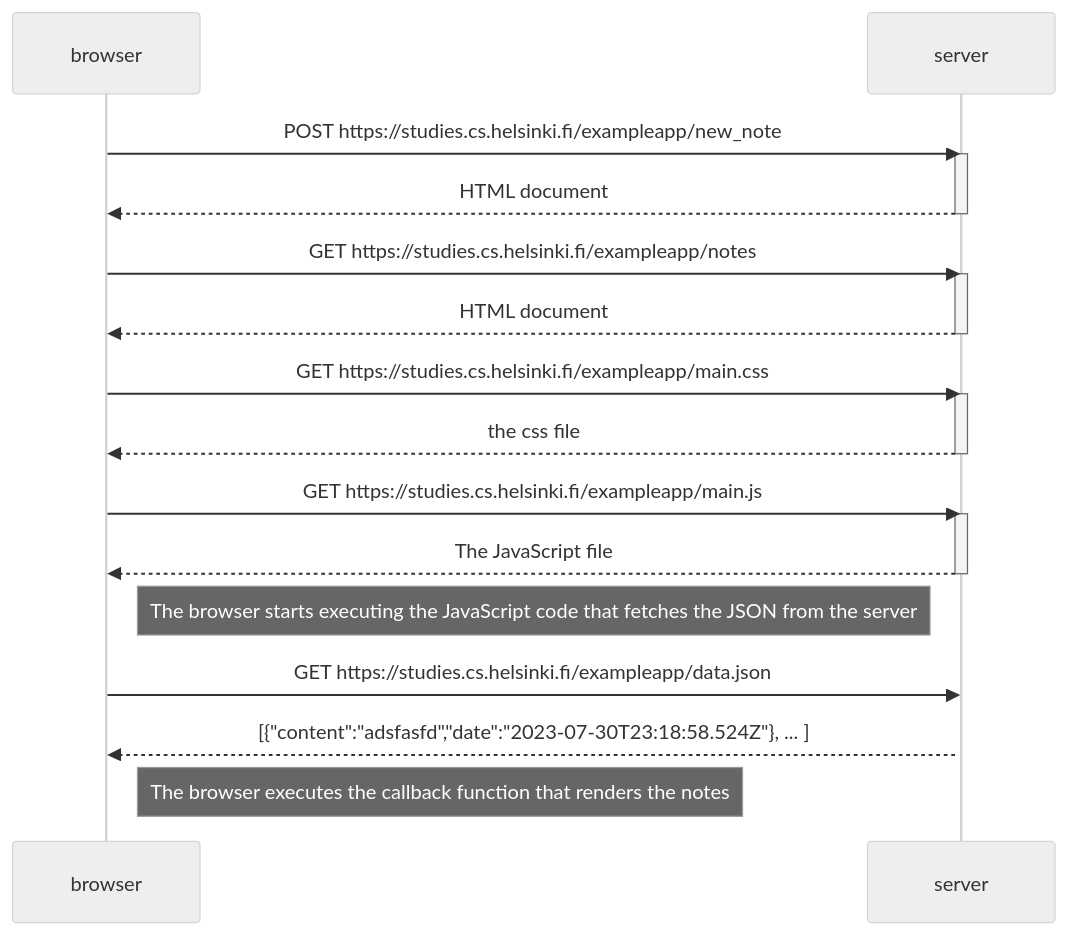
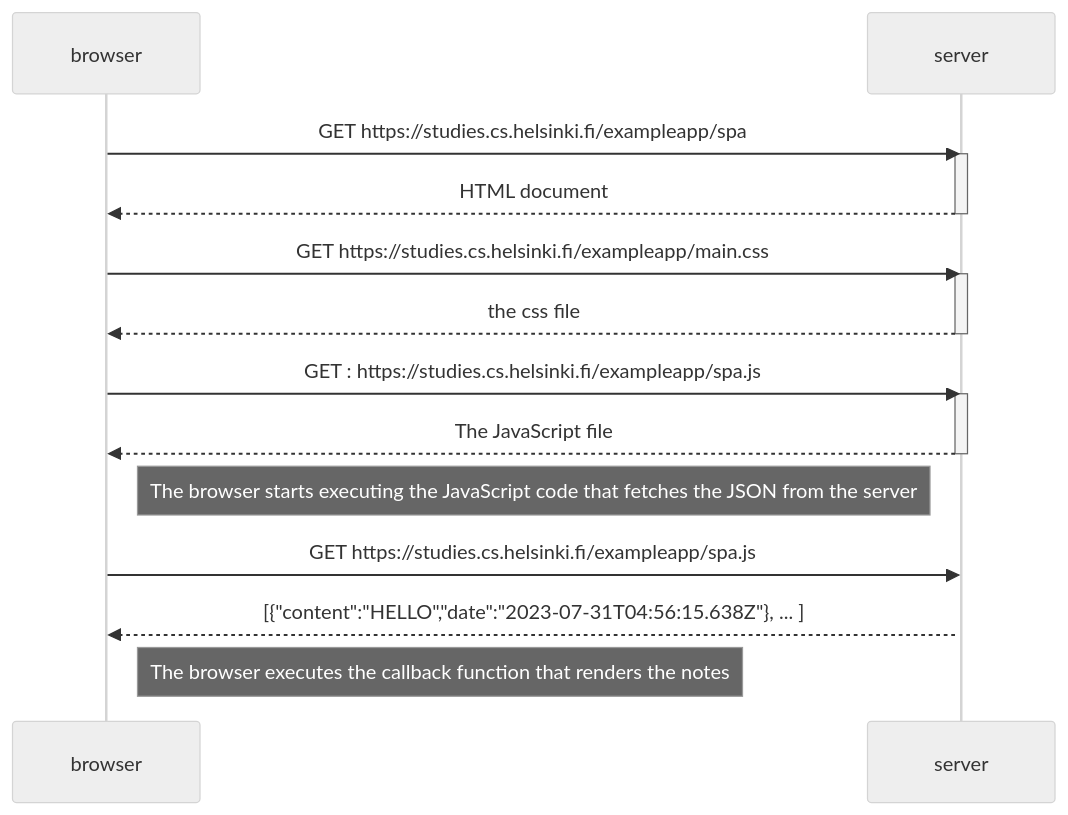
The diagram in 04.md (alelikak/fullstackopen), drawn with Mermaid (neutral theme) before and after one commit.

````diff
--- a/04.md
+++ b/04.md
@@ -1,35 +1,29 @@
 ```mermaid
 sequenceDiagram
     participant browser
     participant server
     
-    browser->>server: POST https://studies.cs.helsinki.fi/exampleapp/new_note
-    activate server
-    server-->>browser: HTML document
-    deactivate server
-    
-    browser->>server: GET https://studies.cs.helsinki.fi/exampleapp/notes
+    browser->>server: GET https://studies.cs.helsinki.fi/exampleapp/spa
     activate server
     server-->>browser: HTML document
     deactivate server
     
     browser->>server: GET https://studies.cs.helsinki.fi/exampleapp/main.css
     activate server
     server-->>browser: the css file
     deactivate server
     
-    
-    browser->>server: GET https://studies.cs.helsinki.fi/exampleapp/main.js
+    browser->>server: GET : https://studies.cs.helsinki.fi/exampleapp/spa.js
     activate server
     server-->>browser: The JavaScript file
     deactivate server    
 
     Note right of browser: The browser starts executing the JavaScript code that fetches the JSON from the server
     
 
-    browser->>server: GET https://studies.cs.helsinki.fi/exampleapp/data.json
+    browser->>server: GET https://studies.cs.helsinki.fi/exampleapp/spa.js
     activate server
-    server-->>browser: [{"content":"adsfasfd","date":"2023-07-30T23:18:58.524Z"}, ... ]
+    server-->>browser: [{"content":"HELLO","date":"2023-07-31T04:56:15.638Z"}, ... ]
     
     Note right of browser: The browser executes the callback function that renders the notes
 ```
````
